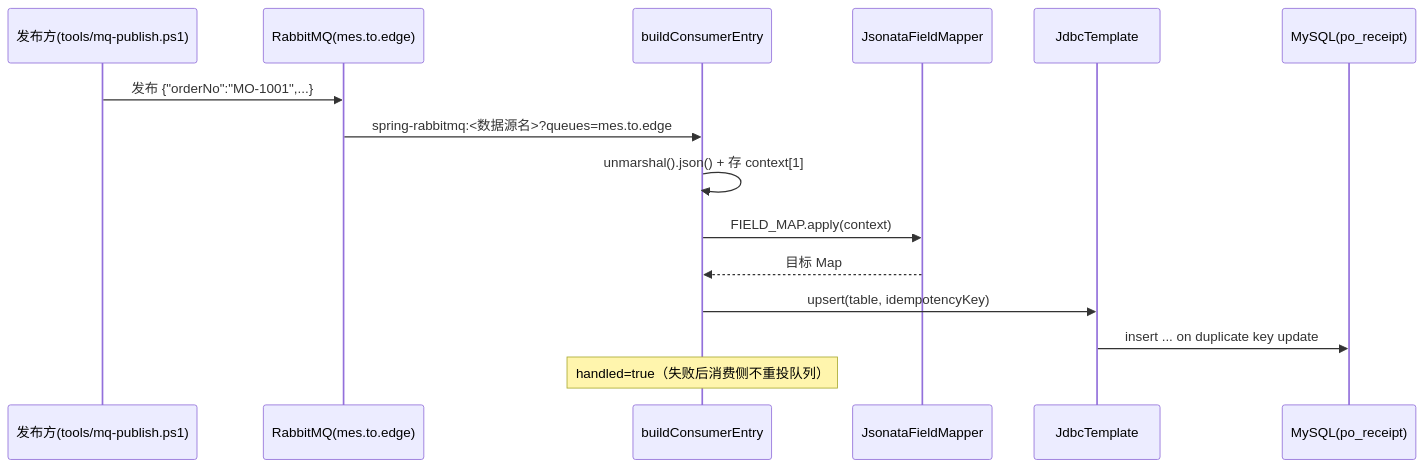
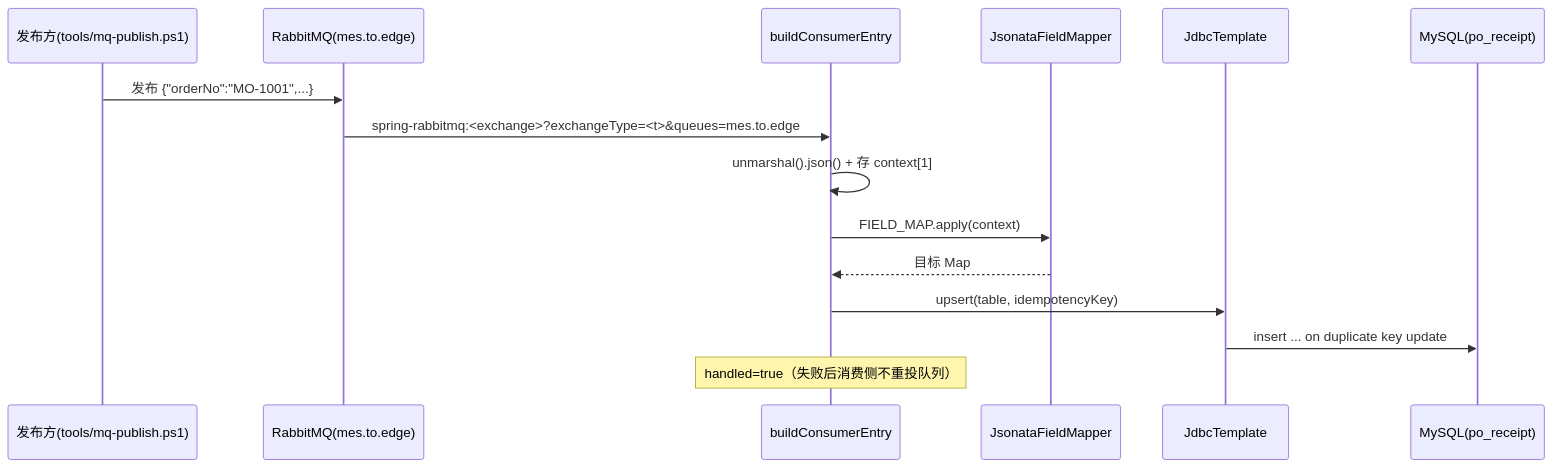
Before and after one commit to zz240/sailheader-mes-middleware: the diagram in docs/flows/southbound-sync.md, drawn with Mermaid. The commit also changed other lines of this file and 4 other files, not shown here.

````diff
--- a/docs/flows/southbound-sync.md
+++ b/docs/flows/southbound-sync.md
@@ -21,18 +21,18 @@
 ```mermaid
 sequenceDiagram
     participant PUB as 发布方(tools/mq-publish.ps1)
     participant MQ as RabbitMQ(mes.to.edge)
     participant RG as buildConsumerEntry
     participant FM as JsonataFieldMapper
     participant JDBC as JdbcTemplate
     participant DB as MySQL(po_receipt)
 
     PUB->>MQ: 发布 {"orderNo":"MO-1001",...}
-    MQ->>RG: spring-rabbitmq:<数据源名>?queues=mes.to.edge
+    MQ->>RG: spring-rabbitmq:<exchange>?exchangeType=<t>&queues=mes.to.edge
     RG->>RG: unmarshal().json() + 存 context[1]
     RG->>FM: FIELD_MAP.apply(context)
     FM-->>RG: 目标 Map
     RG->>JDBC: upsert(table, idempotencyKey)
     JDBC->>DB: insert ... on duplicate key update
     Note over RG: handled=true（失败后消费侧不重投队列）
 ```
````
